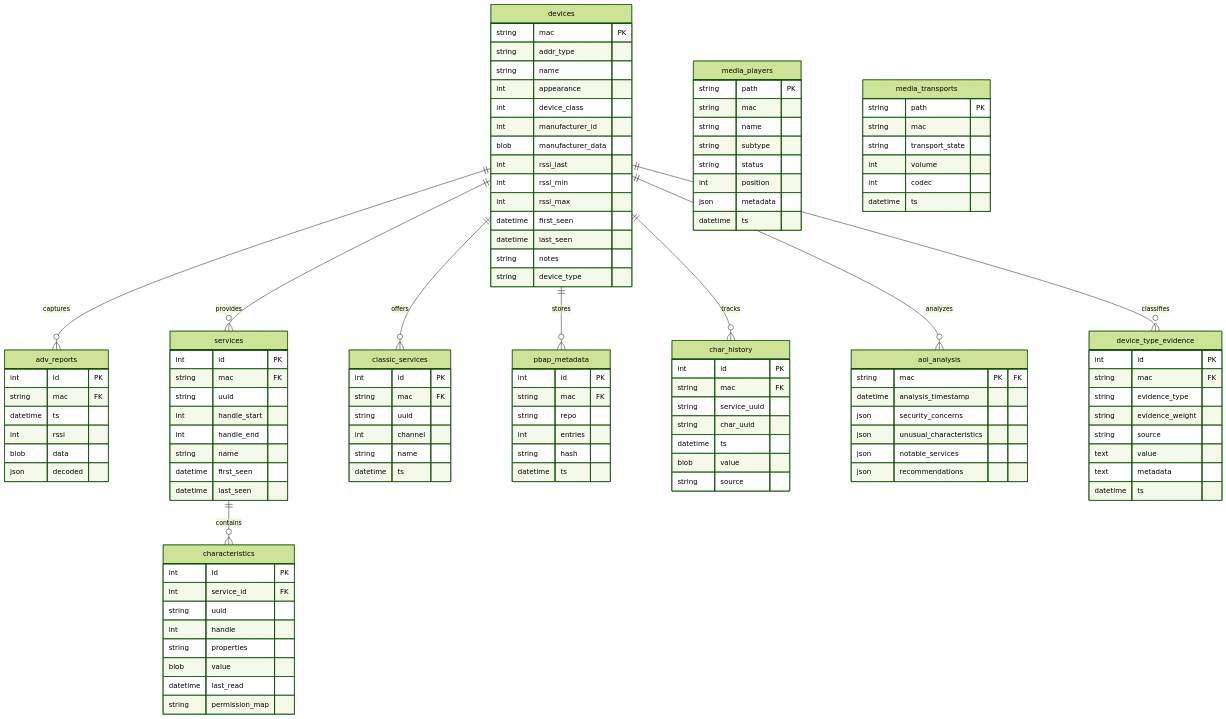
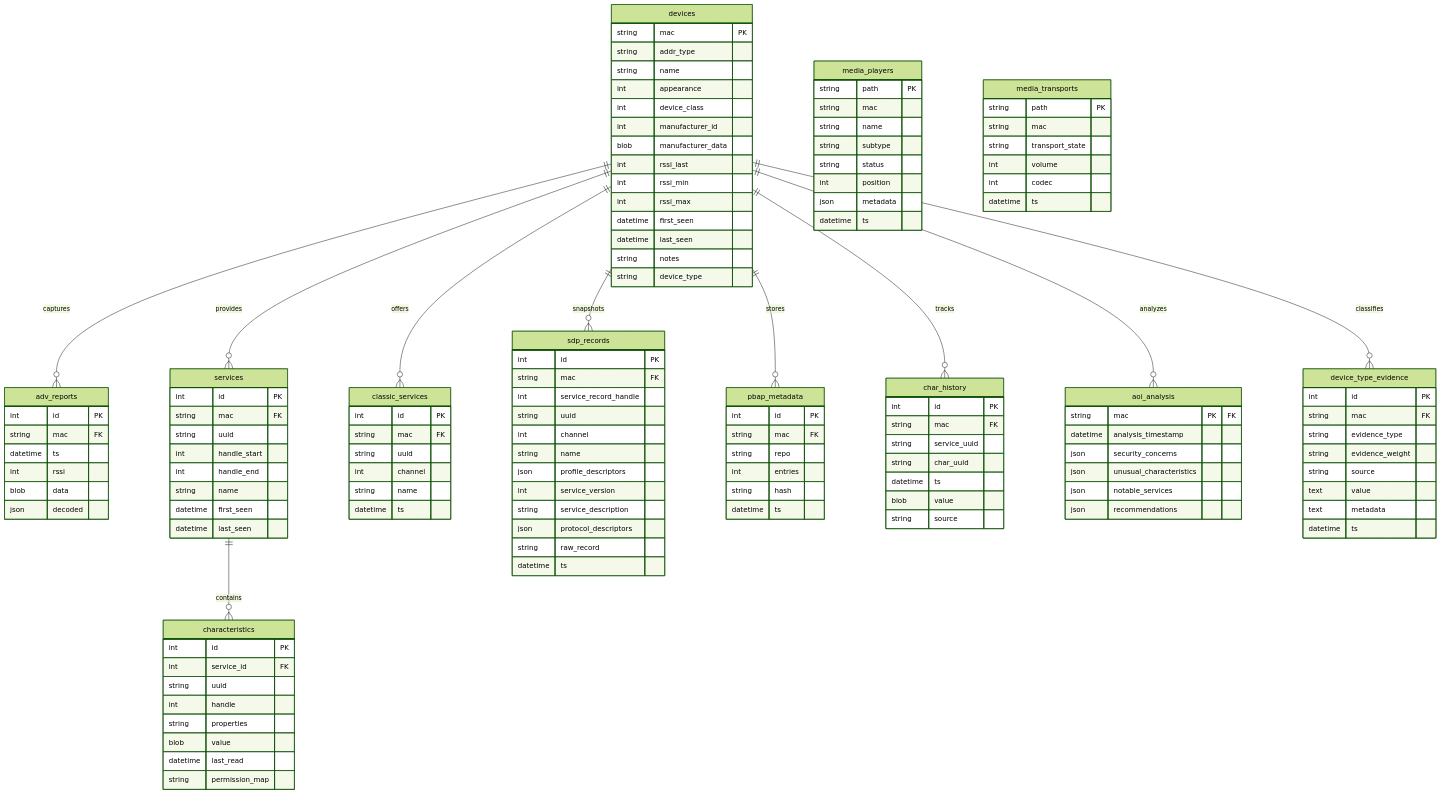
One commit to Mauddib28/bleep-tool changed the diagram in bleep/docs/observation_db_schema.md. Above: the diagram before and after it, drawn with Mermaid (forest theme). The commit also changed other lines of this file and 38 other files, not shown here.

```diff
--- a/bleep/docs/observation_db_schema.md
+++ b/bleep/docs/observation_db_schema.md
@@ -76,6 +77,21 @@
         string uuid
         int channel
         string name
+        datetime ts
+    }
+    
+    sdp_records {
+        int id PK
+        string mac FK
+        int service_record_handle
+        string uuid
+        int channel
+        string name
+        json profile_descriptors
+        int service_version
+        string service_description
+        json protocol_descriptors
+        string raw_record
         datetime ts
     }
     
@@ -141,6 +157,7 @@
     devices ||--o{ adv_reports : "captures"
     devices ||--o{ services : "provides"
     devices ||--o{ classic_services : "offers"
+    devices ||--o{ sdp_records : "snapshots"
     devices ||--o{ pbap_metadata : "stores"
     devices ||--o{ char_history : "tracks"
     devices ||--o{ aoi_analysis : "analyzes"
```
